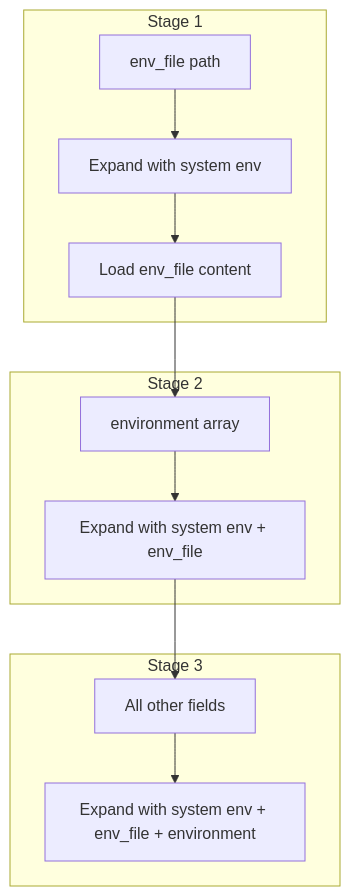
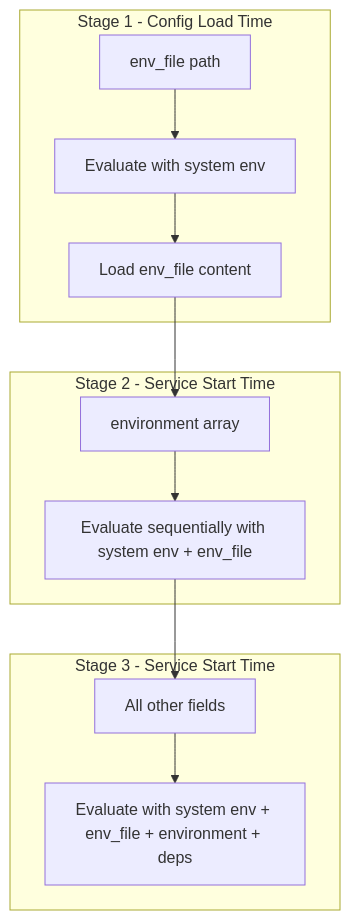
Before and after one commit to maleus-ai/kepler: the eighth of 9 diagrams in docs/architecture.md, drawn with Mermaid. The commit also changed other lines of this file and 68 other files, not shown here.

````diff
--- a/docs/architecture.md
+++ b/docs/architecture.md
@@ -416,15 +416,15 @@
 ```mermaid
 flowchart TD
-    subgraph Stage1[Stage 1]
-        A[env_file path] --> B[Expand with system env]
+    subgraph Stage1[Stage 1 - Config Load Time]
+        A[env_file path] --> B[Evaluate with system env]
         B --> C[Load env_file content]
     end
-    subgraph Stage2[Stage 2]
+    subgraph Stage2[Stage 2 - Service Start Time]
         C --> D[environment array]
-        D --> E[Expand with system env + env_file]
+        D --> E[Evaluate sequentially with system env + env_file]
     end
-    subgraph Stage3[Stage 3]
+    subgraph Stage3[Stage 3 - Service Start Time]
         E --> F[All other fields]
-        F --> G[Expand with system env + env_file + environment]
+        F --> G[Evaluate with system env + env_file + environment + deps]
     end
 ```
````
